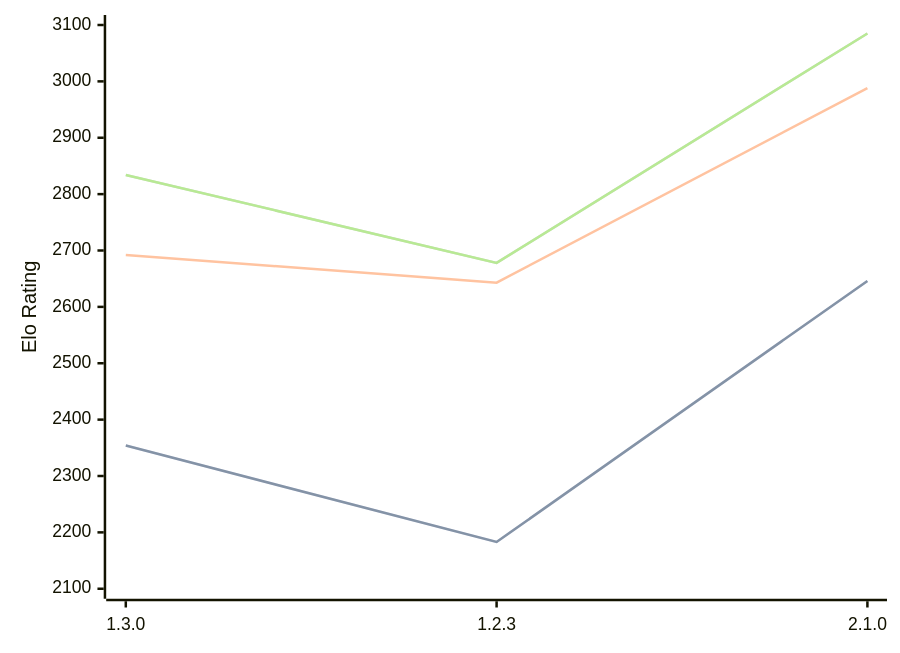
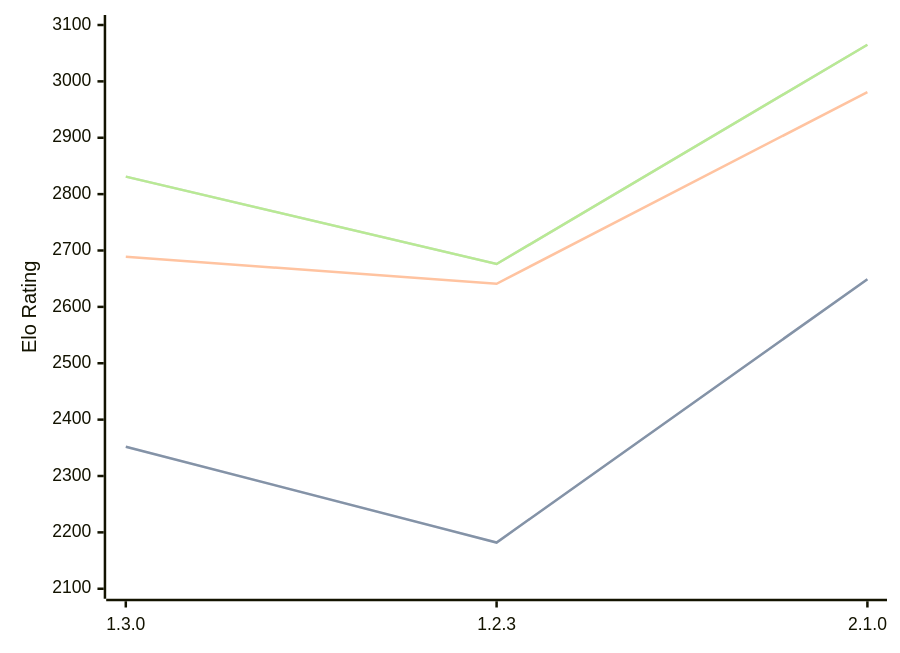
One commit to computer-chess-index/cci changed the diagram in engines/Aspen.md. Above: the diagram before and after it, drawn with Mermaid. The commit also changed other lines of this file, not shown here.

Commit message:
Update CCI Ratings (ELO VLTC) - 2026-06-08

````diff
--- a/engines/Aspen.md
+++ b/engines/Aspen.md
@@ -43,11 +43,11 @@
 ```mermaid
 %%{init: {"theme":"base","themeVariables":{"seriesColors:['#a3a3a3','#222221','#faa371']}}}%%
 xychart-beta
   x-axis ["1.3.0", "1.2.3", "2.1.0"]
   y-axis "Elo Rating" 2100 --> 3100
-  line "STC (8.0+0.08s)" [2354, 2183, 2646]
-  line "STC (8.0+0.08s)" [2354, 2183, 2646]
-  line "LTC (60.0+0.60s)" [2692, 2643, 2988]
-  line "VLTC (2m24s+1.12s)" [2834, 2678, 3085]
-  line "VLTC (2m24s+1.12s)" [2834, 2678, 3085]
+  line "STC (8.0+0.08s)" [2352, 2182, 2649]
+  line "STC (8.0+0.08s)" [2352, 2182, 2649]
+  line "LTC (60.0+0.60s)" [2689, 2641, 2981]
+  line "VLTC (2m24s+1.12s)" [2831, 2676, 3065]
+  line "VLTC (2m24s+1.12s)" [2831, 2676, 3065]
 ```
````
